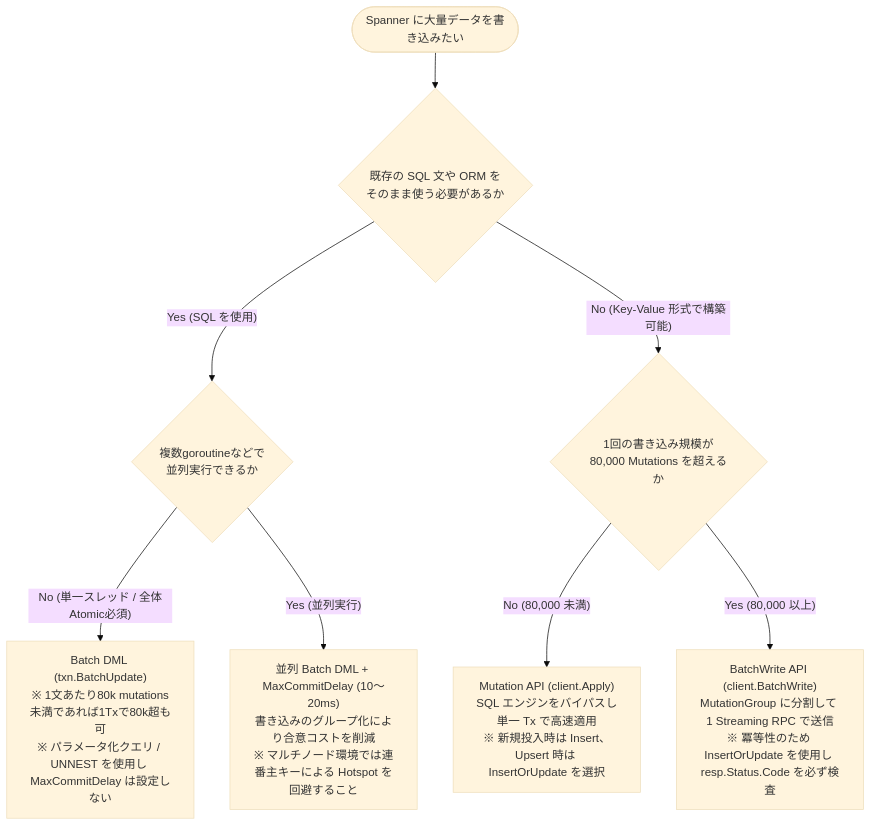
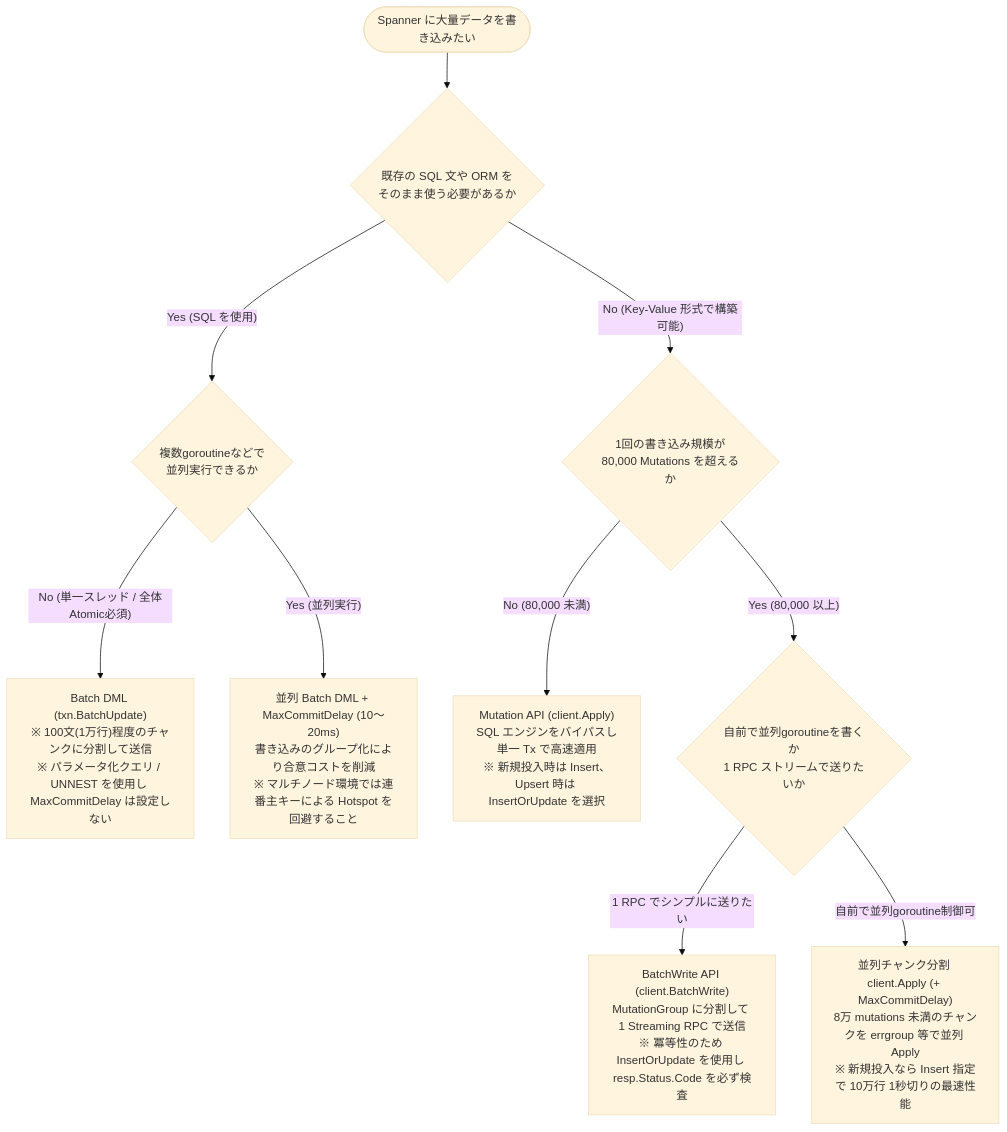
The sixth of 6 diagrams in articles/7aad16e9b5760d.md (michity15169/zenn-content), drawn with Mermaid (base theme) before and after one commit. The commit also changed other lines of this file, not shown here.

````diff
--- a/articles/7aad16e9b5760d.md
+++ b/articles/7aad16e9b5760d.md
@@ -528,13 +585,15 @@
 ```mermaid
 flowchart TD
     Start(["Spanner に大量データを書き込みたい"]) --> Q_SQL{"既存の SQL 文や ORM を\nそのまま使う必要があるか"}
     
     Q_SQL -->|"Yes (SQL を使用)"| Q_Parallel{"複数goroutineなどで\n並列実行できるか"}
-    Q_Parallel -->|"No (単一スレッド / 全体Atomic必須)"| Res_BatchDML["Batch DML (txn.BatchUpdate)\n※ 1文あたり80k mutations未満であれば1Txで80k超も可\n※ パラメータ化クエリ / UNNEST を使用し MaxCommitDelay は設定しない"]
+    Q_Parallel -->|"No (単一スレッド / 全体Atomic必須)"| Res_BatchDML["Batch DML (txn.BatchUpdate)\n※ 100文(1万行)程度のチャンクに分割して送信\n※ パラメータ化クエリ / UNNEST を使用し MaxCommitDelay は設定しない"]
     Q_Parallel -->|"Yes (並列実行)"| Res_OptDML["並列 Batch DML + MaxCommitDelay (10〜20ms)\n書き込みのグループ化により合意コストを削減\n※ マルチノード環境では連番主キーによる Hotspot を回避すること"]
 
     Q_SQL -->|"No (Key-Value 形式で構築可能)"| Q_Size{"1回の書き込み規模が\n80,000 Mutations を超えるか"}
     
     Q_Size -->|"No (80,000 未満)"| Res_Mutation["Mutation API (client.Apply)\nSQL エンジンをバイパスし単一 Tx で高速適用\n※ 新規投入時は Insert、Upsert 時は InsertOrUpdate を選択"]
-    Q_Size -->|"Yes (80,000 以上)"| Res_BatchWrite["BatchWrite API (client.BatchWrite)\nMutationGroup に分割して 1 Streaming RPC で送信\n※ 冪等性のため InsertOrUpdate を使用し resp.Status.Code を必ず検査"]
+    Q_Size -->|"Yes (80,000 以上)"| Q_Stream{"自前で並列goroutineを書くか\n1 RPC ストリームで送りたいか"}
+    Q_Stream -->|"1 RPC でシンプルに送りたい"| Res_BatchWrite["BatchWrite API (client.BatchWrite)\nMutationGroup に分割して 1 Streaming RPC で送信\n※ 冪等性のため InsertOrUpdate を使用し resp.Status.Code を必ず検査"]
+    Q_Stream -->|"自前で並列goroutine制御可"| Res_ParApply["並列チャンク分割 client.Apply (+ MaxCommitDelay)\n8万 mutations 未満のチャンクを errgroup 等で並列 Apply\n※ 新規投入なら Insert 指定で 10万行 1秒切りの最速性能"]
 ```
````
